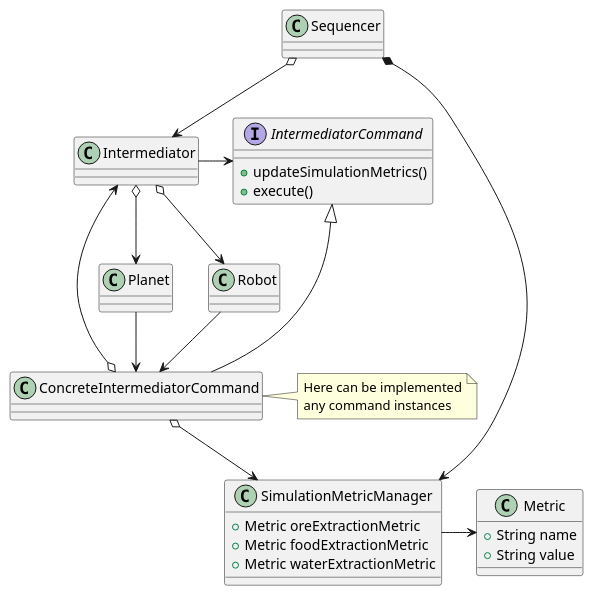
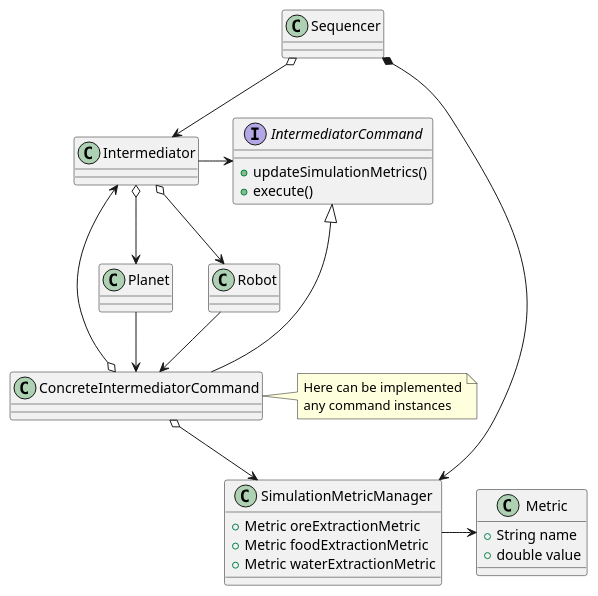
The diagram in uml/class diagram/model/score/Score-system.puml (LEBOCQTitouan/ia-ensicaen-colonisation), drawn with PlantUML before and after one commit. The commit also changed 7 other files, not shown here.

Commit message:
Implementing UML modelisation

```diff
--- a/uml/class diagram/model/score/Score-system.puml
+++ b/uml/class diagram/model/score/Score-system.puml
@@ -1,47 +1,47 @@
 @startuml
 'https://plantuml.com/class-diagram
 
 class Sequencer
 
 class Intermediator
 class Planet
 class Robot
 
 interface IntermediatorCommand {
     +updateSimulationMetrics()
     +execute()
 }
 class ConcreteIntermediatorCommand
 
 Intermediator -> IntermediatorCommand
 Intermediator o-> Planet
 Intermediator o-> Robot
 
 ConcreteIntermediatorCommand o--> Intermediator
 
 Planet -> ConcreteIntermediatorCommand
 Robot -> ConcreteIntermediatorCommand
 
 IntermediatorCommand <|--- ConcreteIntermediatorCommand
 note right of ConcreteIntermediatorCommand
     Here can be implemented
     any command instances
 end note
 
 class Metric {
     +String name
-    +String value
+    +double value
 }
 class SimulationMetricManager {
     +Metric oreExtractionMetric
     +Metric foodExtractionMetric
     +Metric waterExtractionMetric
 }
 
 ConcreteIntermediatorCommand o--> SimulationMetricManager
 SimulationMetricManager -> Metric
 
 Sequencer *--> SimulationMetricManager
 Sequencer o--> Intermediator
 
 @enduml
```
